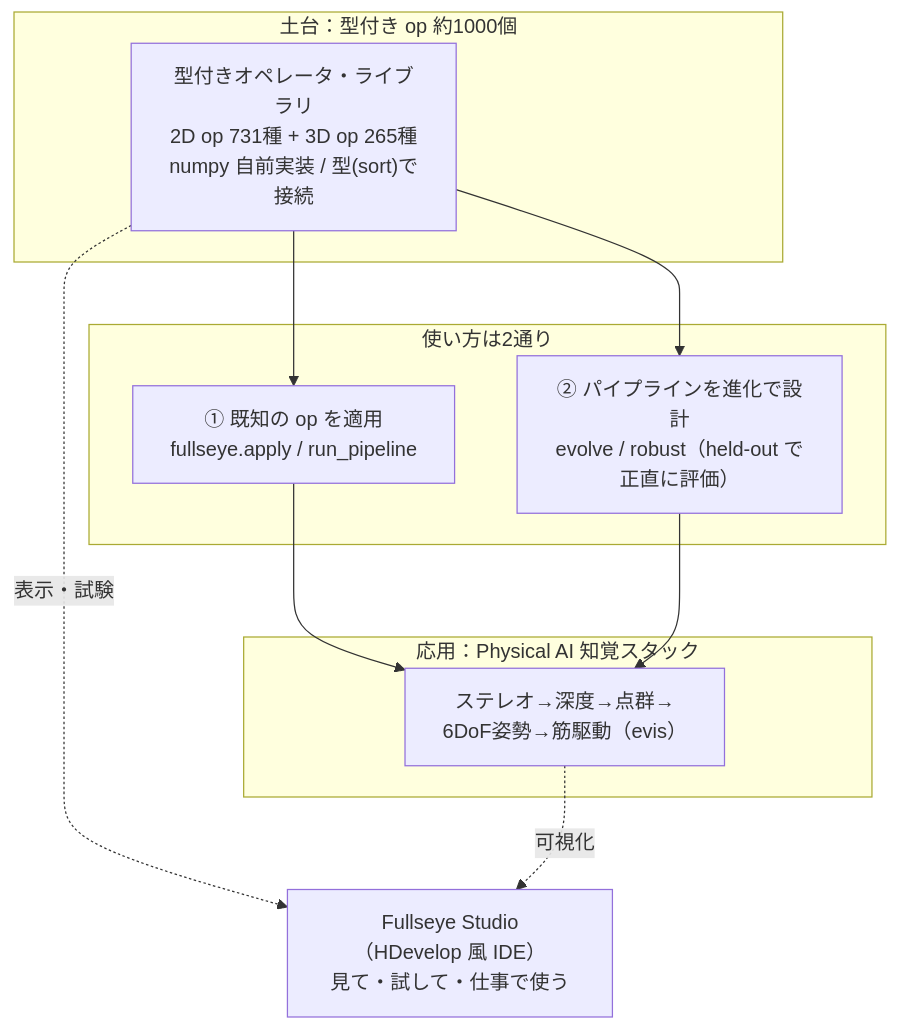
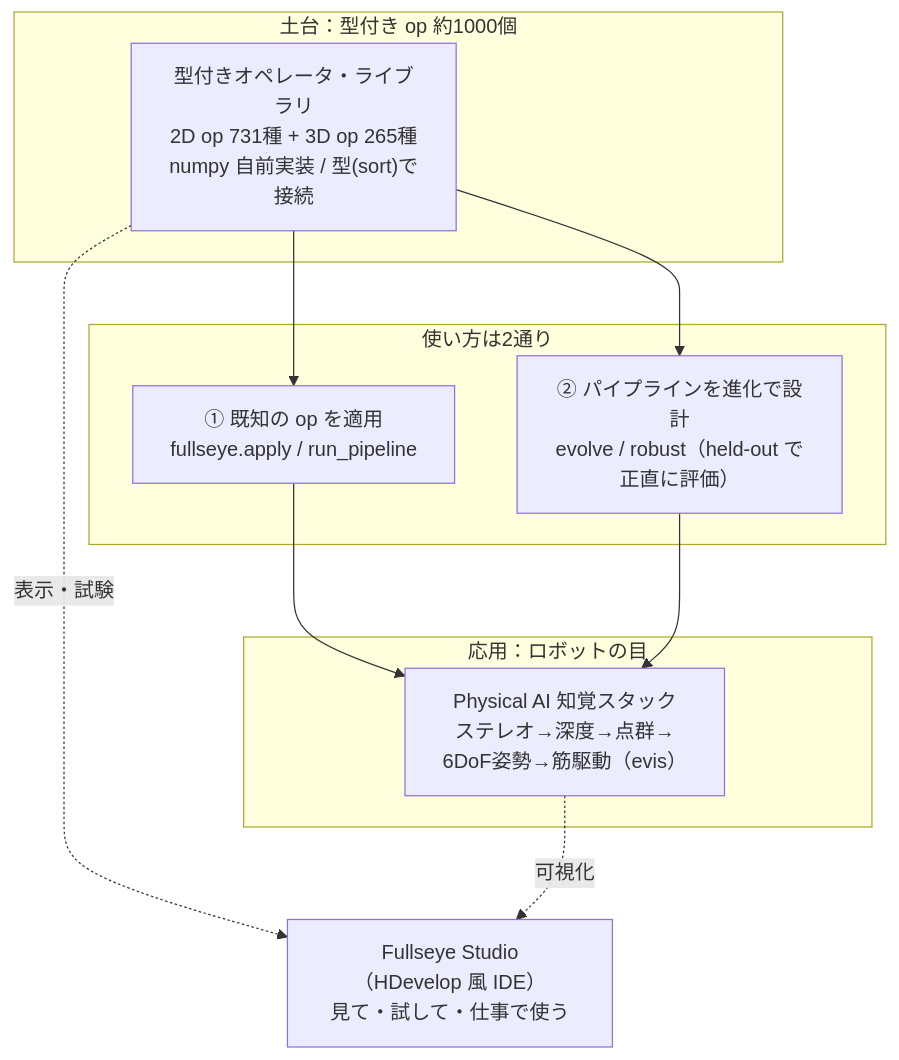
Before and after one commit to furuse-kazufumi/fullseye: the first of 3 diagrams in docs/articles/fullseye_overview_qiita_ja.md, drawn with Mermaid.

Commit message:
auto: fullseye_overview_qiita_en.md 編集前 (2026-08-30 20:45)

````diff
--- a/docs/articles/fullseye_overview_qiita_ja.md
+++ b/docs/articles/fullseye_overview_qiita_ja.md
@@ -150,19 +150,19 @@
 ```mermaid
 flowchart TB
     subgraph L0["土台：型付き op 約1000個"]
         OPS["型付きオペレータ・ライブラリ<br/>2D op 731種 + 3D op 265種<br/>numpy 自前実装 / 型(sort)で接続"]
     end
     subgraph L1["使い方は2通り"]
         APPLY["① 既知の op を適用<br/>fullseye.apply / run_pipeline"]
         EVO["② パイプラインを進化で設計<br/>evolve / robust（held-out で正直に評価）"]
     end
-    subgraph L2["応用：Physical AI 知覚スタック"]
-        PERC["ステレオ→深度→点群→<br/>6DoF姿勢→筋駆動（evis）"]
+    subgraph L2["応用：ロボットの目"]
+        PERC["Physical AI 知覚スタック<br/>ステレオ→深度→点群→<br/>6DoF姿勢→筋駆動（evis）"]
     end
     STUDIO["Fullseye Studio（HDevelop 風 IDE）<br/>見て・試して・仕事で使う"]
 
     OPS --> APPLY --> PERC
     OPS --> EVO --> PERC
     OPS -.表示・試験.-> STUDIO
     PERC -.可視化.-> STUDIO
 ```
````
